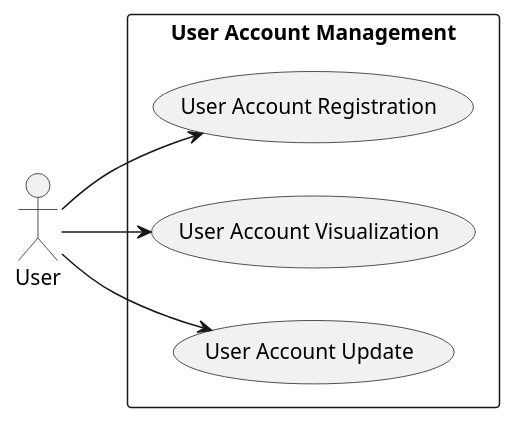
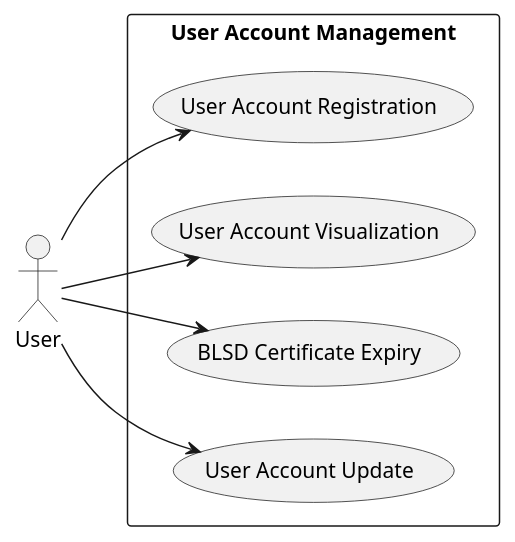
One commit to HeartBeat-SE/HeartBeat-SE-DTM changed the diagram in system-use-cases/user-account-management.md. Above: the diagram before and after it, drawn with PlantUML. The commit also changed other lines of this file, not shown here.

````diff
--- a/system-use-cases/user-account-management.md
+++ b/system-use-cases/user-account-management.md
@@ -6,15 +6,16 @@
 ```plantuml
 @startuml
 left to right direction
 actor "User" as fr
 rectangle "User Account Management" {
   usecase "User Account Registration" as UC1
   usecase "User Account Visualization" as UC2
   usecase "BLSD Certificate Expiry" as UC3
-usecase "User Account Update" as UC3
+  usecase "User Account Update" as UC4
 }
 fr --> UC1
 fr --> UC2
 fr --> UC3
+fr --> UC4
 @enduml
 ```
````
